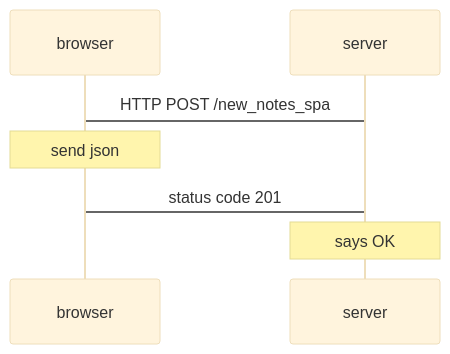
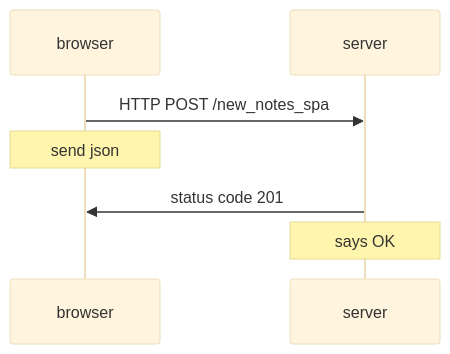
The diagram in Part_0/0.6_palautus.mmd (satamoanton/Full_stack_palautukset), drawn with Mermaid (base theme) before and after one commit. The commit also changed 1 other file, not shown here.

```diff
--- a/Part_0/0.6_palautus.mmd
+++ b/Part_0/0.6_palautus.mmd
@@ -1,12 +1,12 @@
 
 sequenceDiagram
     participant browser
     participant server
 
-    browser->server:HTTP POST /new_notes_spa  
+    browser->>server:HTTP POST /new_notes_spa  
 
     note over browser: send json
 
-    server->browser:status code 201
+    server->>browser:status code 201
 
     note over server:says OK
```
